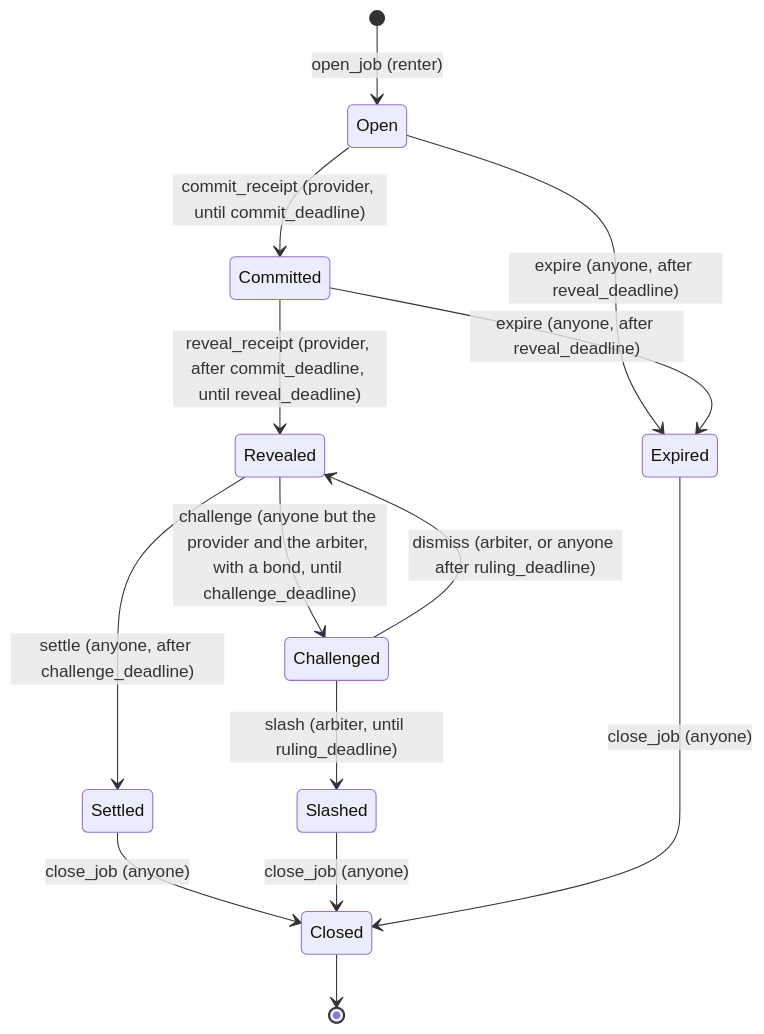
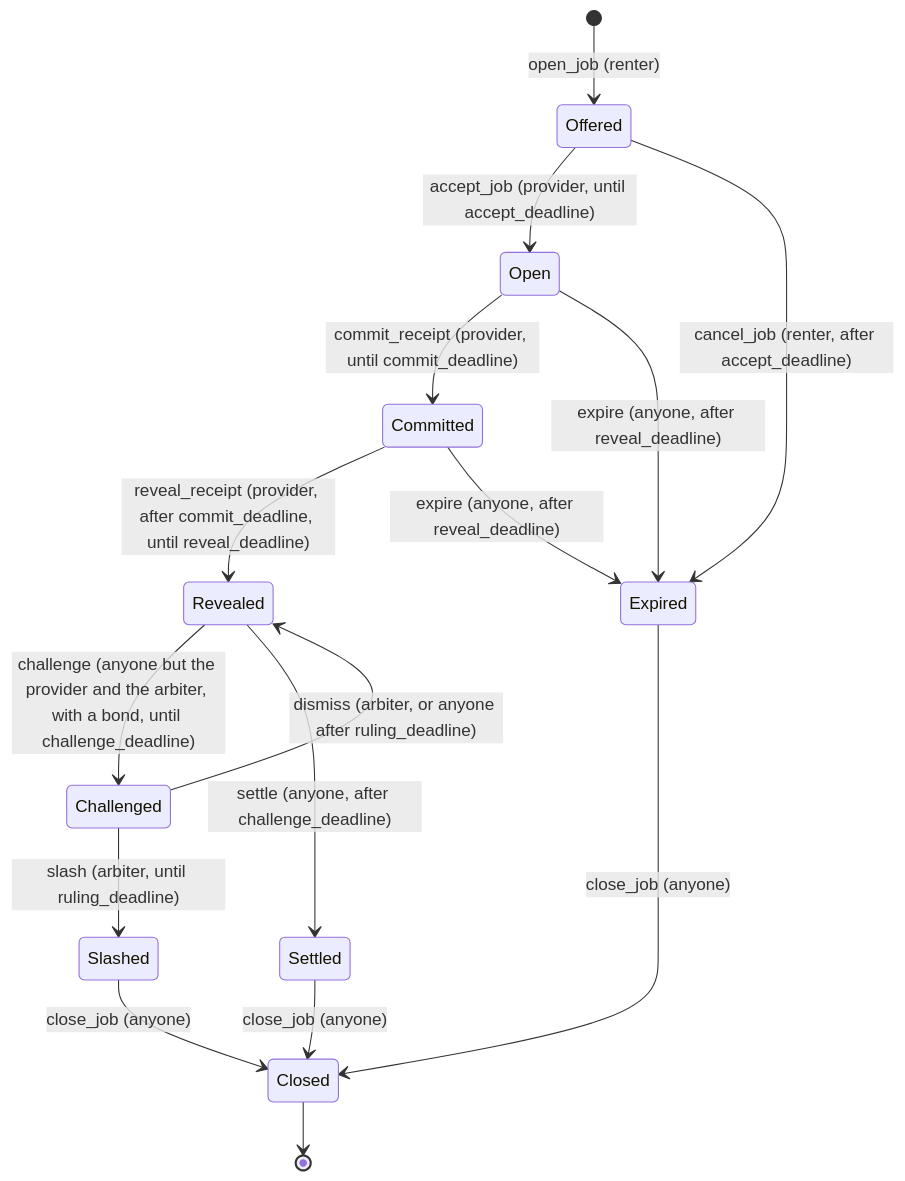
The second of 2 diagrams in docs/architecture.md (anilyagiz/tdcc-exact-core), drawn with Mermaid before and after one commit. The commit also changed other lines of this file, not shown here.

First line of the commit message:
Docs, architecture.md: the Offered state, the nodes, links to the RTL and design docs

````diff
--- a/docs/architecture.md
+++ b/docs/architecture.md
@@ -115,16 +125,18 @@
 ```mermaid
 stateDiagram-v2
-    [*] --> Open: open_job (renter)
+    [*] --> Offered: open_job (renter)
+    Offered --> Open: accept_job (provider, until accept_deadline)
+    Offered --> Expired: cancel_job (renter, after accept_deadline)
     Open --> Committed: commit_receipt (provider, until commit_deadline)
     Open --> Expired: expire (anyone, after reveal_deadline)
     Committed --> Revealed: reveal_receipt (provider, after commit_deadline, until reveal_deadline)
     Committed --> Expired: expire (anyone, after reveal_deadline)
     Revealed --> Challenged: challenge (anyone but the provider and the arbiter, with a bond, until challenge_deadline)
     Revealed --> Settled: settle (anyone, after challenge_deadline)
     Challenged --> Slashed: slash (arbiter, until ruling_deadline)
     Challenged --> Revealed: dismiss (arbiter, or anyone after ruling_deadline)
     Settled --> Closed: close_job (anyone)
     Slashed --> Closed: close_job (anyone)
     Expired --> Closed: close_job (anyone)
     Closed --> [*]
 ```
````
